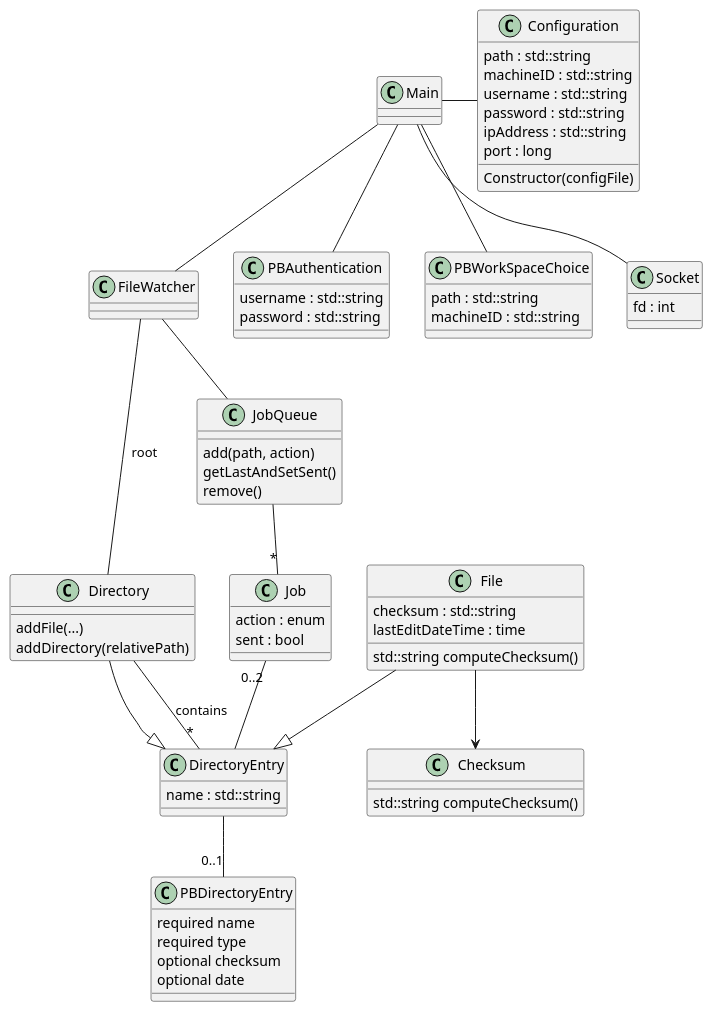
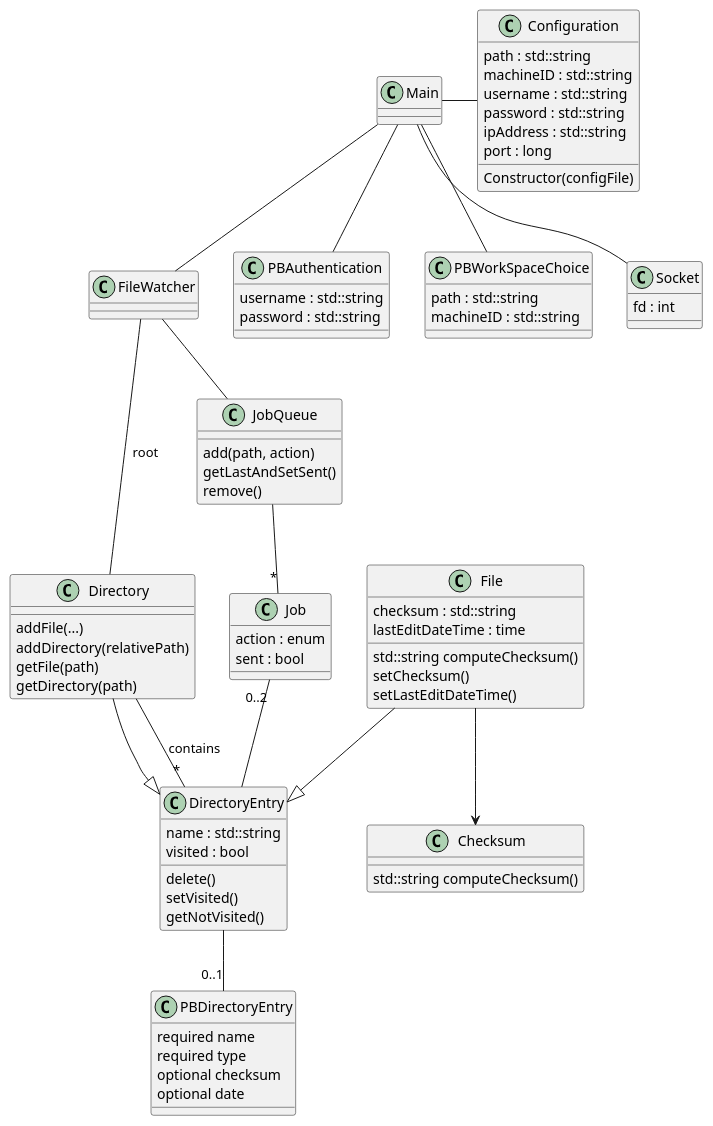
Before and after one commit to matteoborzi/pds-progetto: the second of 4 diagrams in README.md, drawn with PlantUML.

Commit message:
docs(README): update Design

```diff
--- a/README.md
+++ b/README.md
@@ -111,6 +111,10 @@
 
 class DirectoryEntry{
     name : std::string
+    visited : bool
+    delete()
+    setVisited()
+    getNotVisited()
 }
 
 class JobQueue{
@@ -132,11 +136,15 @@
     checksum : std::string
     lastEditDateTime : time
     std::string computeChecksum()
+    setChecksum()
+    setLastEditDateTime()
 }
 
 class Directory{
     addFile(...) 
     addDirectory(relativePath)
+    getFile(path)
+    getDirectory(path)
 }
 
 class FileWatcher{}
```
